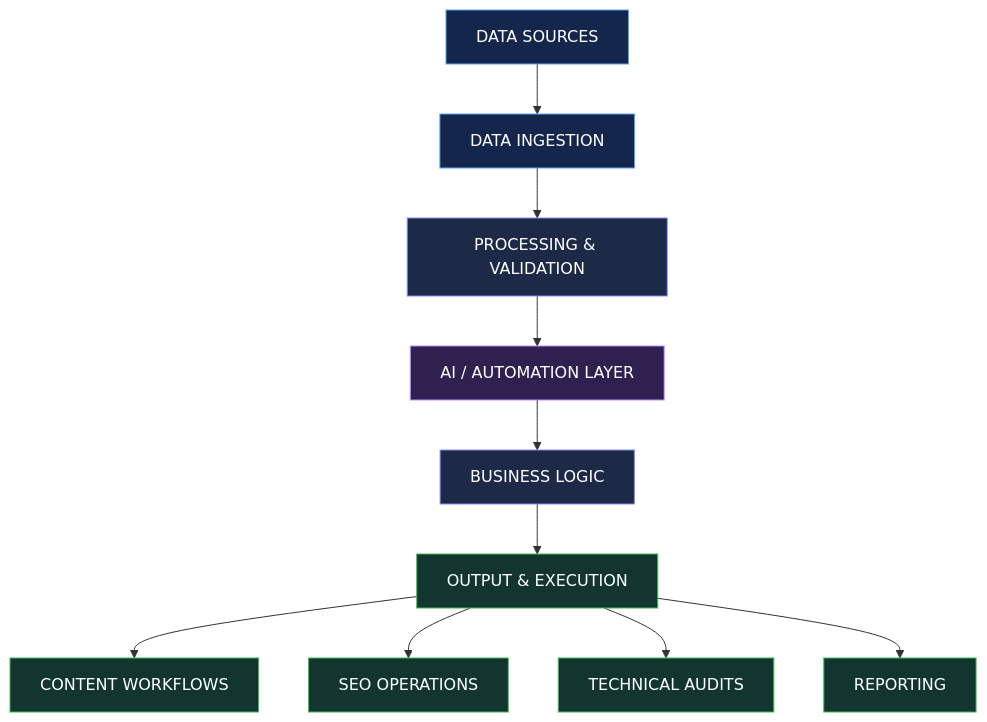
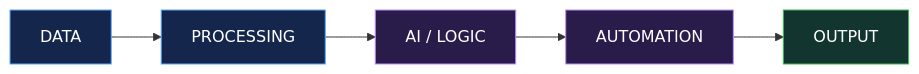
Before and after one commit to muninn1huginn/muninn1huginn: the diagram in README.md, drawn with Mermaid. The commit also changed other lines of this file, not shown here.

````diff
--- a/README.md
+++ b/README.md
@@ -189,23 +80,15 @@
 ```mermaid
-flowchart TD
-    A["DATA SOURCES"] --> B["DATA INGESTION"]
-    B --> C["PROCESSING & VALIDATION"]
-    C --> D["AI / AUTOMATION LAYER"]
-    D --> E["BUSINESS LOGIC"]
-    E --> F["OUTPUT & EXECUTION"]
+flowchart LR
+    A["DATA"] --> B["PROCESSING"]
+    B --> C["AI / LOGIC"]
+    C --> D["AUTOMATION"]
+    D --> E["OUTPUT"]
 
-    F --> G["CONTENT WORKFLOWS"]
-    F --> H["SEO OPERATIONS"]
-    F --> I["TECHNICAL AUDITS"]
-    F --> J["REPORTING"]
+    classDef blue fill:#14264B,stroke:#58A6FF,color:#fff
+    classDef purple fill:#291B4A,stroke:#BC8CFF,color:#fff
+    classDef green fill:#12352F,stroke:#3FB950,color:#fff
 
-    classDef source fill:#14264B,stroke:#58A6FF,color:#fff
-    classDef process fill:#1C2947,stroke:#818CF8,color:#fff
-    classDef ai fill:#30204F,stroke:#BC8CFF,color:#fff
-    classDef output fill:#12352F,stroke:#3FB950,color:#fff
-
-    class A,B source
-    class C,E process
-    class D ai
-    class F,G,H,I,J output
+    class A,B blue
+    class C,D purple
+    class E green
 ```
````
